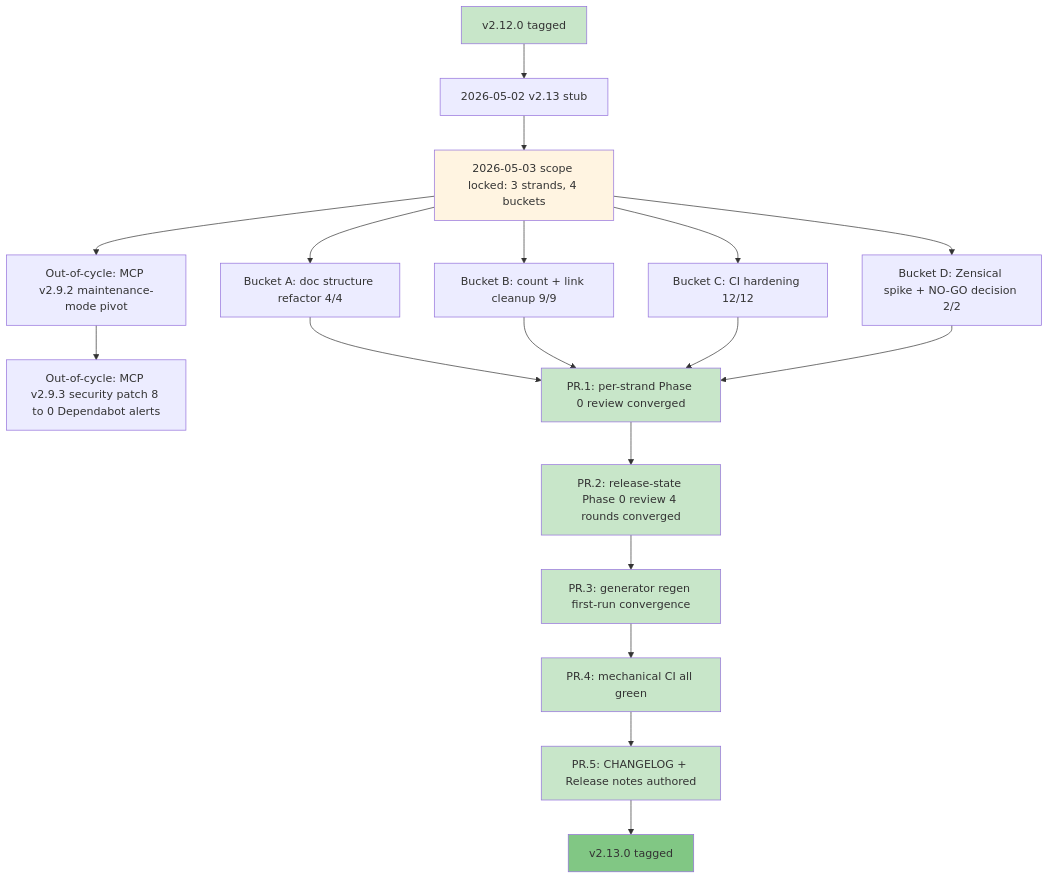
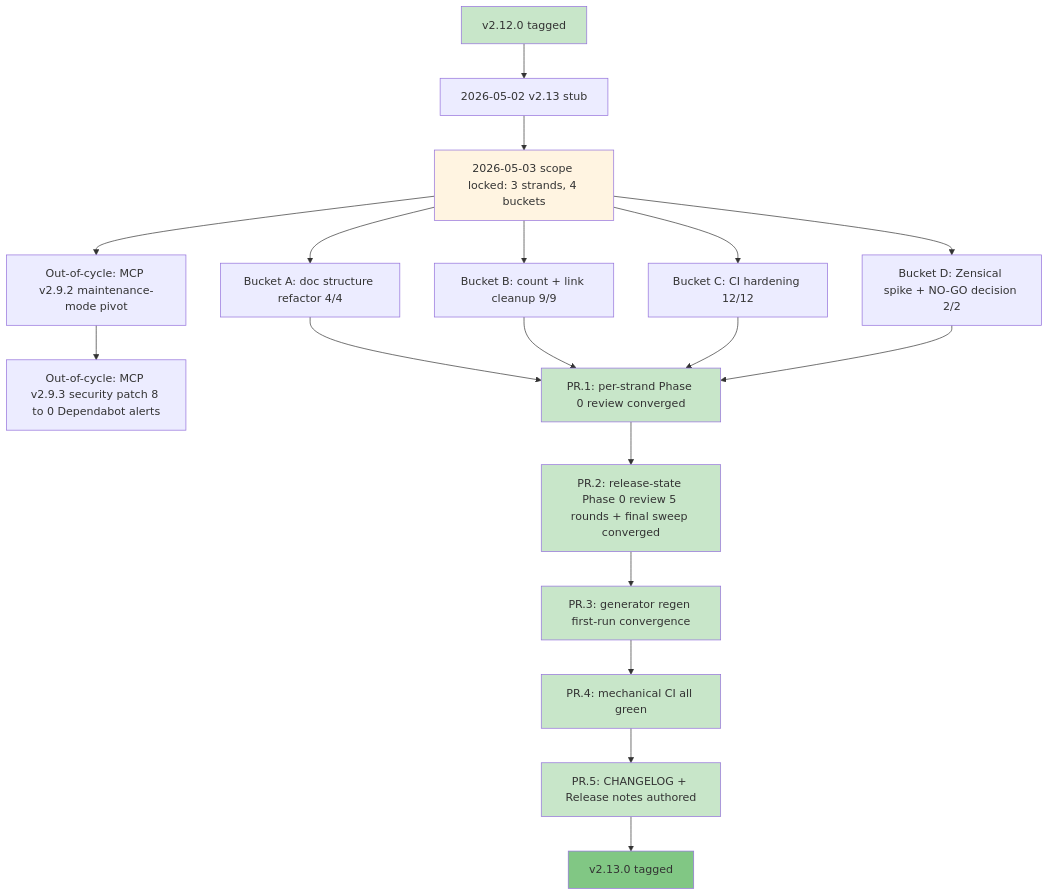
One commit to product-on-purpose/pm-skills changed the diagram in docs/internal/release-plans/v2.13.0/plan_v2.13_release-notes-DRAFT.md. Above: the diagram before and after it, drawn with Mermaid. The commit also changed other lines of this file and 1 other file, not shown here.

Commit message:
fix(v2.13): PR.2 round 6 follow-on (3 leftover stale-text fixes)
Self-verification after round 6 sweep caught 3 leftover stale-text
references that the comprehensive-sweep Edits had missed:

- plan_v2.13_release-notes-DRAFT.md mermaid diagram node K:
  4 rounds converged to 5 rounds + final sweep converged.
- plan_v2.13_release-notes-DRAFT.md Bucket A.4 section
  generated-pages line: 38 individual skill pages to 40
  with category-indices breakdown explanation.
- plan_v2.13.0.md Sequencing Proposal Phase 5 + CI That
  Applies section: validator inventory 17 to 24 corrected
  to 15 to 22 in two places.

This is the same defect class one layer deeper from round 6
itself: the comprehensive sweep covered the highest-traffic
status blocks but missed sentence-level prose statements in
sequencing/CI sections. Round 7 confirmation will verify these
are addressed.

````diff
--- a/docs/internal/release-plans/v2.13.0/plan_v2.13_release-notes-DRAFT.md
+++ b/docs/internal/release-plans/v2.13.0/plan_v2.13_release-notes-DRAFT.md
@@ -31,39 +31,39 @@
 ```mermaid
 graph TD
     A[v2.12.0 tagged]
     B[2026-05-02 v2.13 stub]
     C[2026-05-03 scope locked: 3 strands, 4 buckets]
     D[Bucket A: doc structure refactor 4/4]
     E[Bucket B: count + link cleanup 9/9]
     F[Bucket C: CI hardening 12/12]
     G[Bucket D: Zensical spike + NO-GO decision 2/2]
     H[Out-of-cycle: MCP v2.9.2 maintenance-mode pivot]
     I[Out-of-cycle: MCP v2.9.3 security patch 8 to 0 Dependabot alerts]
     J[PR.1: per-strand Phase 0 review converged]
-    K[PR.2: release-state Phase 0 review 4 rounds converged]
+    K[PR.2: release-state Phase 0 review 5 rounds + final sweep converged]
     L[PR.3: generator regen first-run convergence]
     M[PR.4: mechanical CI all green]
     N[PR.5: CHANGELOG + Release notes authored]
     O[v2.13.0 tagged]
 
     A --> B --> C
     C --> D
     C --> E
     C --> F
     C --> G
     D --> J
     E --> J
     F --> J
     G --> J
     C --> H --> I
     J --> K --> L --> M --> N --> O
 
     style A fill:#c8e6c9
     style C fill:#fff4e1
     style J fill:#c8e6c9
     style K fill:#c8e6c9
     style L fill:#c8e6c9
     style M fill:#c8e6c9
     style N fill:#c8e6c9
     style O fill:#81c784
 ```
````
